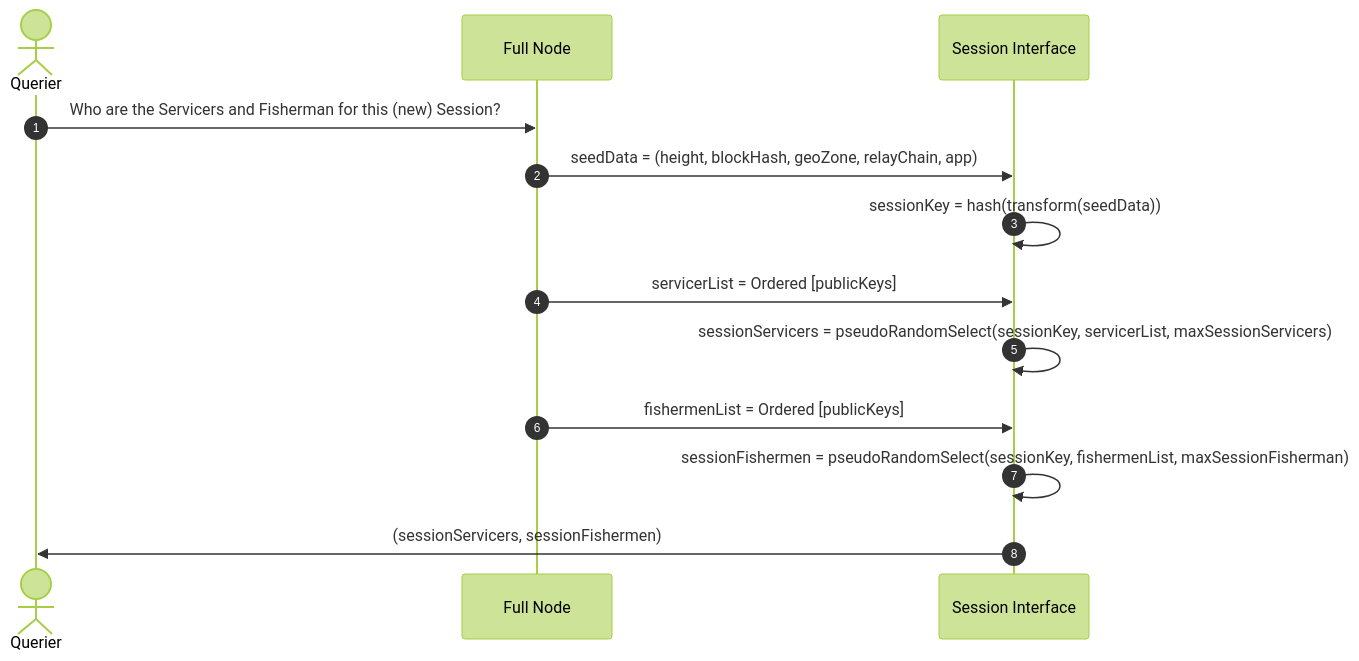
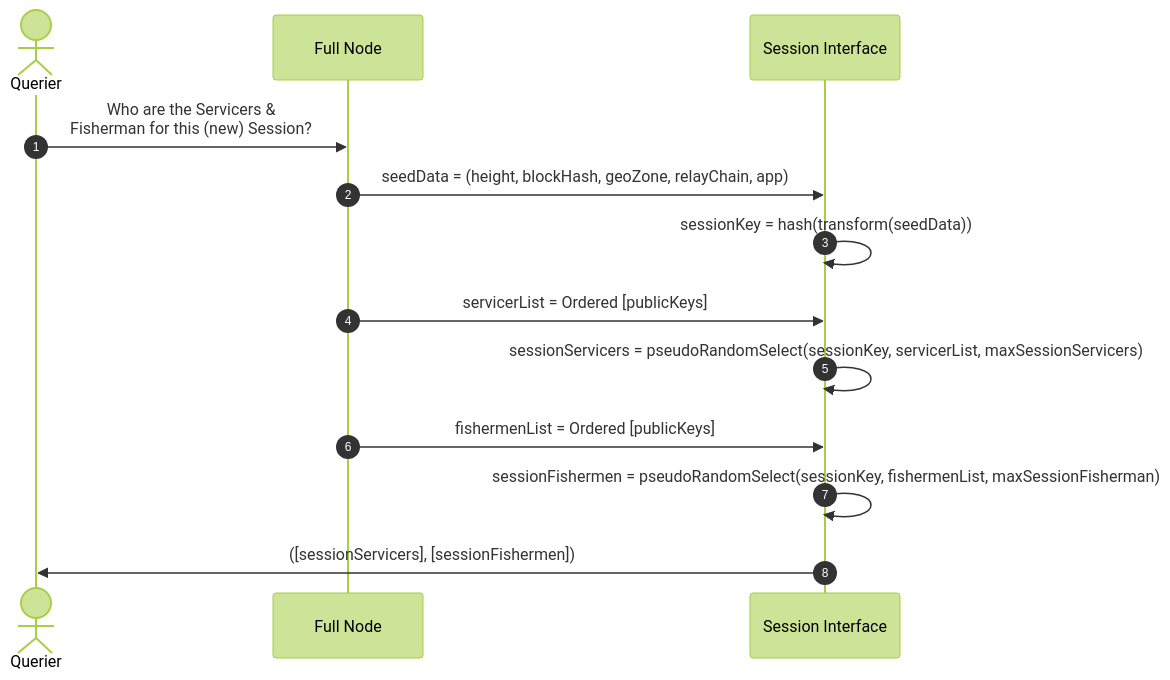
Before and after one commit to pokt-network/pocket-network-protocol: the second of 8 diagrams in utility/README.md, drawn with Mermaid (forest theme). The commit also changed other lines of this file, not shown here.

Commit message:
Quick Session Protocol review

````diff
--- a/utility/README.md
+++ b/utility/README.md
@@ -150,18 +189,18 @@
 ```mermaid
 sequenceDiagram
     autonumber
 
     actor Q as Querier
 
     participant N as Full Node
     participant S as Session Interface
 
-    Q->>N: Who are the Servicers and Fisherman for this (new) Session?
+    Q->>N: Who are the Servicers &<br>Fisherman for this (new) Session?
     N->>S: seedData = (height, blockHash, geoZone, relayChain, app)
     S->>S: sessionKey = hash(transform(seedData))
     N->>S: servicerList = Ordered [publicKeys]
     S->>S: sessionServicers = pseudoRandomSelect(sessionKey, servicerList, maxSessionServicers)
     N->>S: fishermenList = Ordered [publicKeys]
     S->>S: sessionFishermen = pseudoRandomSelect(sessionKey, fishermenList, maxSessionFisherman)
-    S->>Q: (sessionServicers, sessionFishermen)
+    S->>Q: ([sessionServicers], [sessionFishermen])
 ```
````
